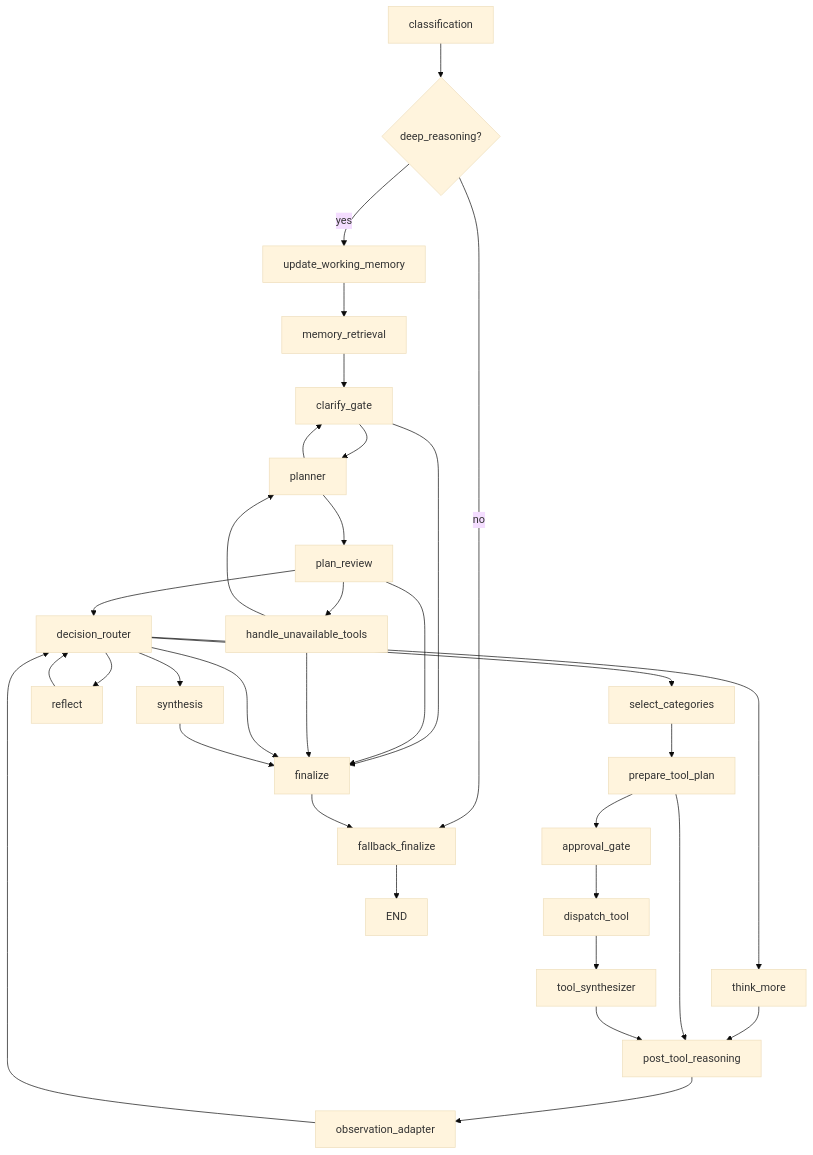
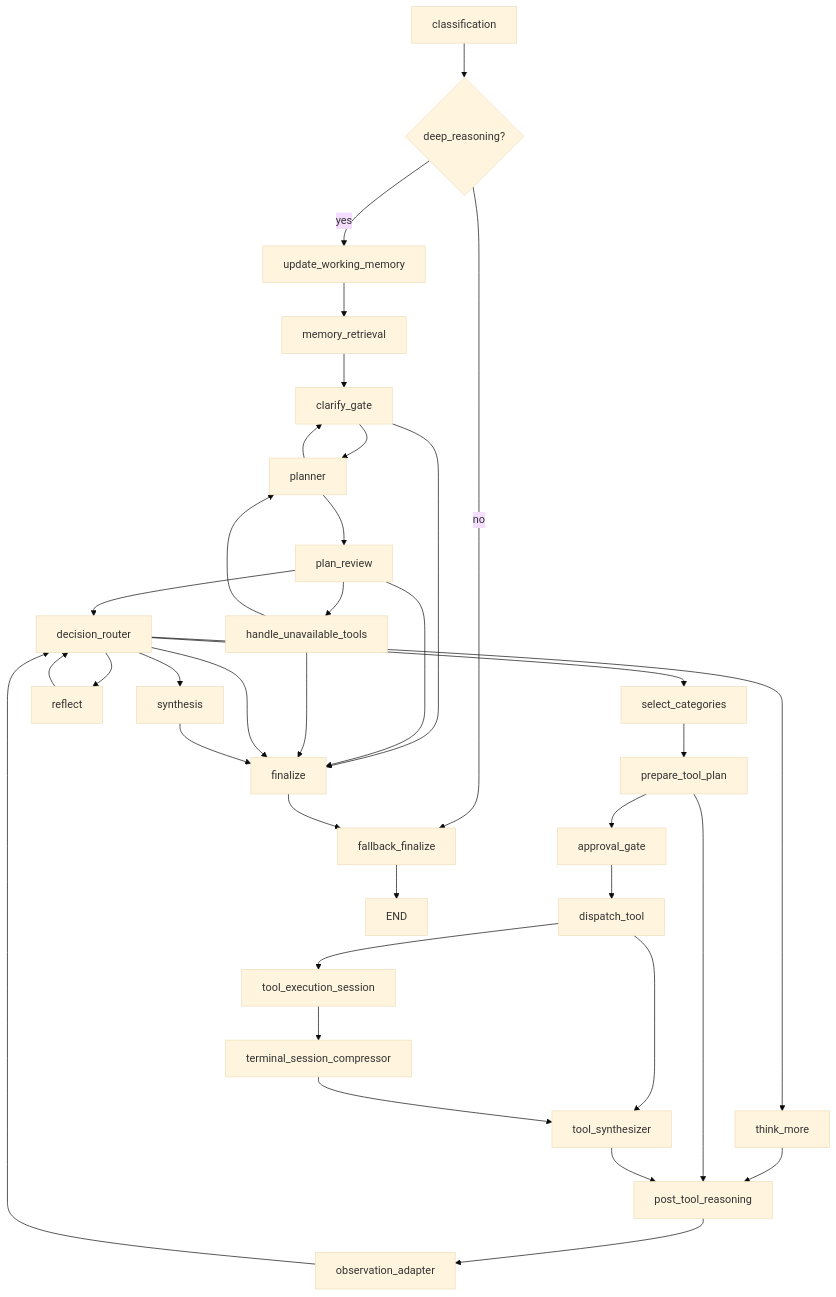
Before and after one commit to quareth/drowAI: the fourth of 6 diagrams in docs/architecture/langgraph-graph-architecture.md, drawn with Mermaid (base theme). The commit also changed other lines of this file and 419 other files, not shown here.

````diff
--- a/docs/architecture/langgraph-graph-architecture.md
+++ b/docs/architecture/langgraph-graph-architecture.md
@@ -355,35 +372,38 @@
 ```mermaid
 flowchart TD
     classification --> Gate{deep_reasoning?}
     Gate -- no --> fallback_finalize
     Gate -- yes --> update_working_memory
     update_working_memory --> memory_retrieval
     memory_retrieval --> clarify_gate
     clarify_gate --> planner
     clarify_gate --> finalize
     planner --> plan_review
     planner --> clarify_gate
     plan_review --> handle_unavailable_tools
     plan_review --> decision_router
     plan_review --> finalize
     handle_unavailable_tools --> planner
     handle_unavailable_tools --> finalize
     decision_router --> select_categories
     decision_router --> think_more
     decision_router --> reflect
     decision_router --> synthesis
     decision_router --> finalize
     think_more --> post_tool_reasoning
     select_categories --> prepare_tool_plan
     prepare_tool_plan --> approval_gate
     prepare_tool_plan --> post_tool_reasoning
     approval_gate --> dispatch_tool
+    dispatch_tool --> tool_execution_session
     dispatch_tool --> tool_synthesizer
+    tool_execution_session --> terminal_session_compressor
+    terminal_session_compressor --> tool_synthesizer
     tool_synthesizer --> post_tool_reasoning
     post_tool_reasoning --> observation_adapter
     observation_adapter --> decision_router
     reflect --> decision_router
     synthesis --> finalize
     finalize --> fallback_finalize
     fallback_finalize --> END
 ```
````
